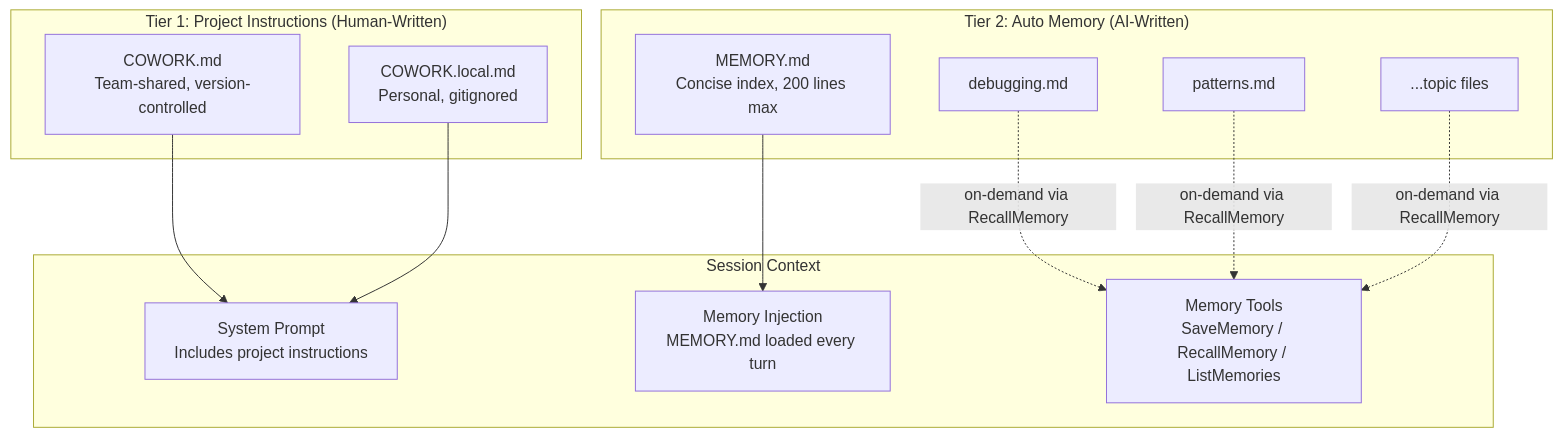
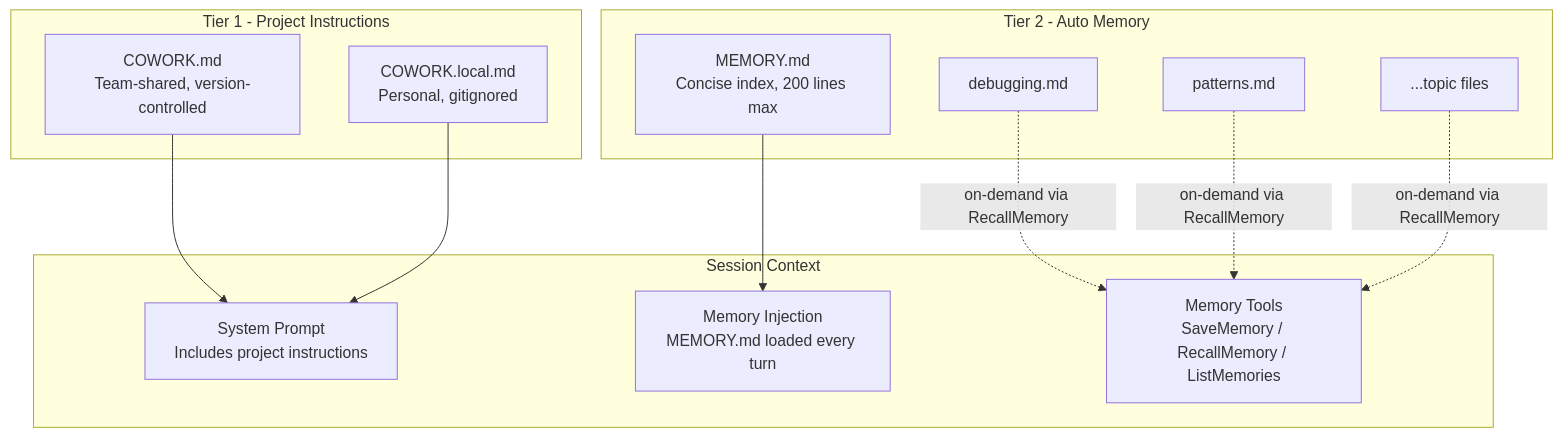
Diagram 22 of 24 in docs/agent-loop-architecture.md (suman724/cowork-agent-runtime), drawn with Mermaid before and after one commit. The commit also changed other lines of this file and 112 other files, not shown here.

````diff
--- a/docs/agent-loop-architecture.md
+++ b/docs/agent-loop-architecture.md
@@ -1561,27 +1568,27 @@
 ```mermaid
 graph TD
-    subgraph "Tier 1: Project Instructions (Human-Written)"
+    subgraph "Tier 1 - Project Instructions"
         CW[COWORK.md<br/>Team-shared, version-controlled]
         CWL[COWORK.local.md<br/>Personal, gitignored]
     end
 
-    subgraph "Tier 2: Auto Memory (AI-Written)"
+    subgraph "Tier 2 - Auto Memory"
         MEM[MEMORY.md<br/>Concise index, 200 lines max]
         TF1[debugging.md]
         TF2[patterns.md]
         TFN[...topic files]
     end
 
     subgraph "Session Context"
         SP[System Prompt<br/>Includes project instructions]
         MI[Memory Injection<br/>MEMORY.md loaded every turn]
         MT[Memory Tools<br/>SaveMemory / RecallMemory / ListMemories]
     end
 
     CW --> SP
     CWL --> SP
     MEM --> MI
     TF1 -.->|on-demand via RecallMemory| MT
     TF2 -.->|on-demand via RecallMemory| MT
     TFN -.->|on-demand via RecallMemory| MT
 ```
````
